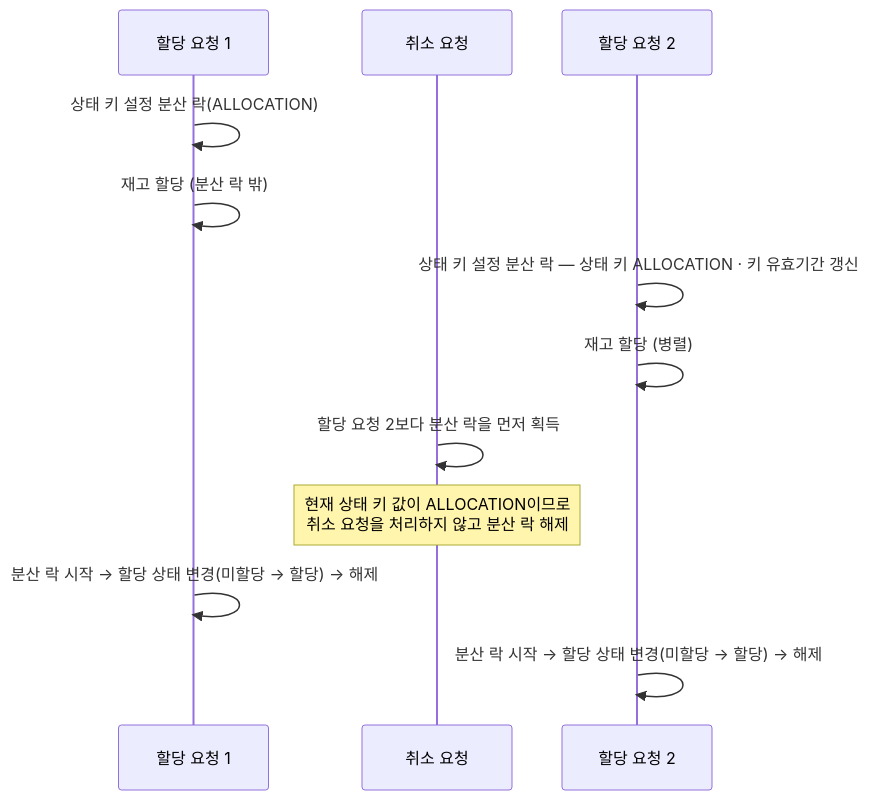
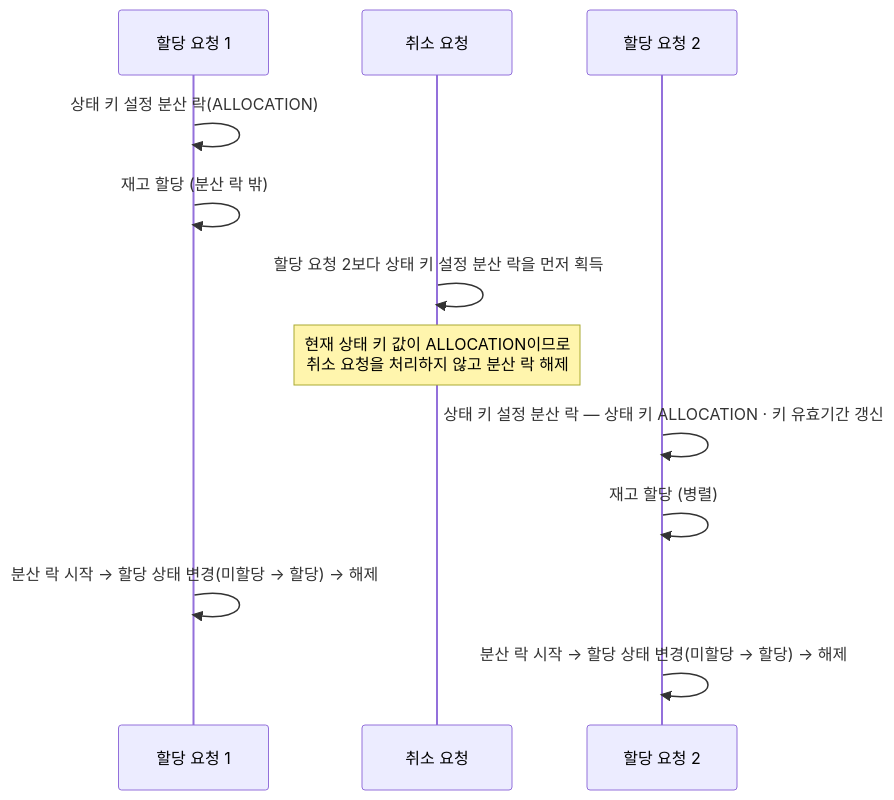
Before and after one commit to devholic22/logistics-backend-study: the second of 2 diagrams in books/요즘-우아한-백엔드-개발/13-wms-재고-이관을-위한-분산-락-사용기/4-분산-락과-상태-키-함께-사용하기.md, drawn with Mermaid. The commit also changed 2 other files, not shown here.

Commit message:
docs: 분산 락 흐름과 장 번호 표현 보완

````diff
--- a/books/요즘-우아한-백엔드-개발/13-wms-재고-이관을-위한-분산-락-사용기/4-분산-락과-상태-키-함께-사용하기.md
+++ b/books/요즘-우아한-백엔드-개발/13-wms-재고-이관을-위한-분산-락-사용기/4-분산-락과-상태-키-함께-사용하기.md
@@ -55,14 +55,14 @@
 ```mermaid
 sequenceDiagram
     participant A1 as 할당 요청 1
     participant C as 취소 요청
     participant A2 as 할당 요청 2
     A1->>A1: 상태 키 설정 분산 락(ALLOCATION)
     A1->>A1: 재고 할당 (분산 락 밖)
+    C->>C: 할당 요청 2보다 상태 키 설정 분산 락을 먼저 획득
+    Note over C: 현재 상태 키 값이 ALLOCATION이므로<br/>취소 요청을 처리하지 않고 분산 락 해제
     A2->>A2: 상태 키 설정 분산 락 — 상태 키 ALLOCATION · 키 유효기간 갱신
     A2->>A2: 재고 할당 (병렬)
-    C->>C: 할당 요청 2보다 분산 락을 먼저 획득
-    Note over C: 현재 상태 키 값이 ALLOCATION이므로<br/>취소 요청을 처리하지 않고 분산 락 해제
     A1->>A1: 분산 락 시작 → 할당 상태 변경(미할당 → 할당) → 해제
     A2->>A2: 분산 락 시작 → 할당 상태 변경(미할당 → 할당) → 해제
 ```
````
